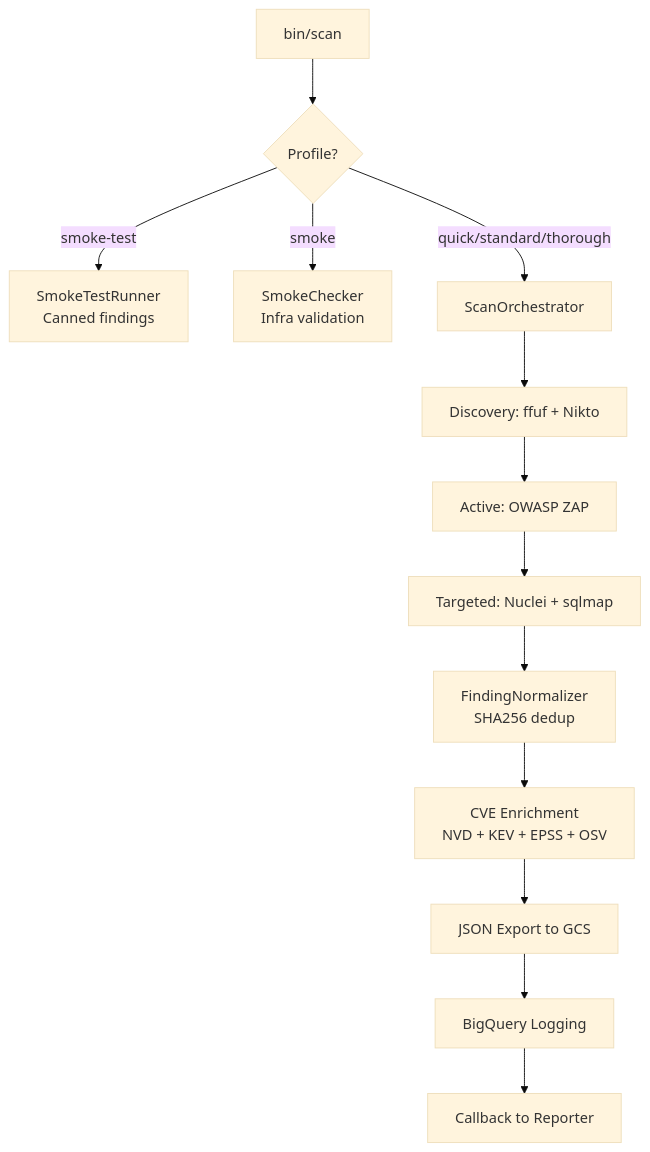
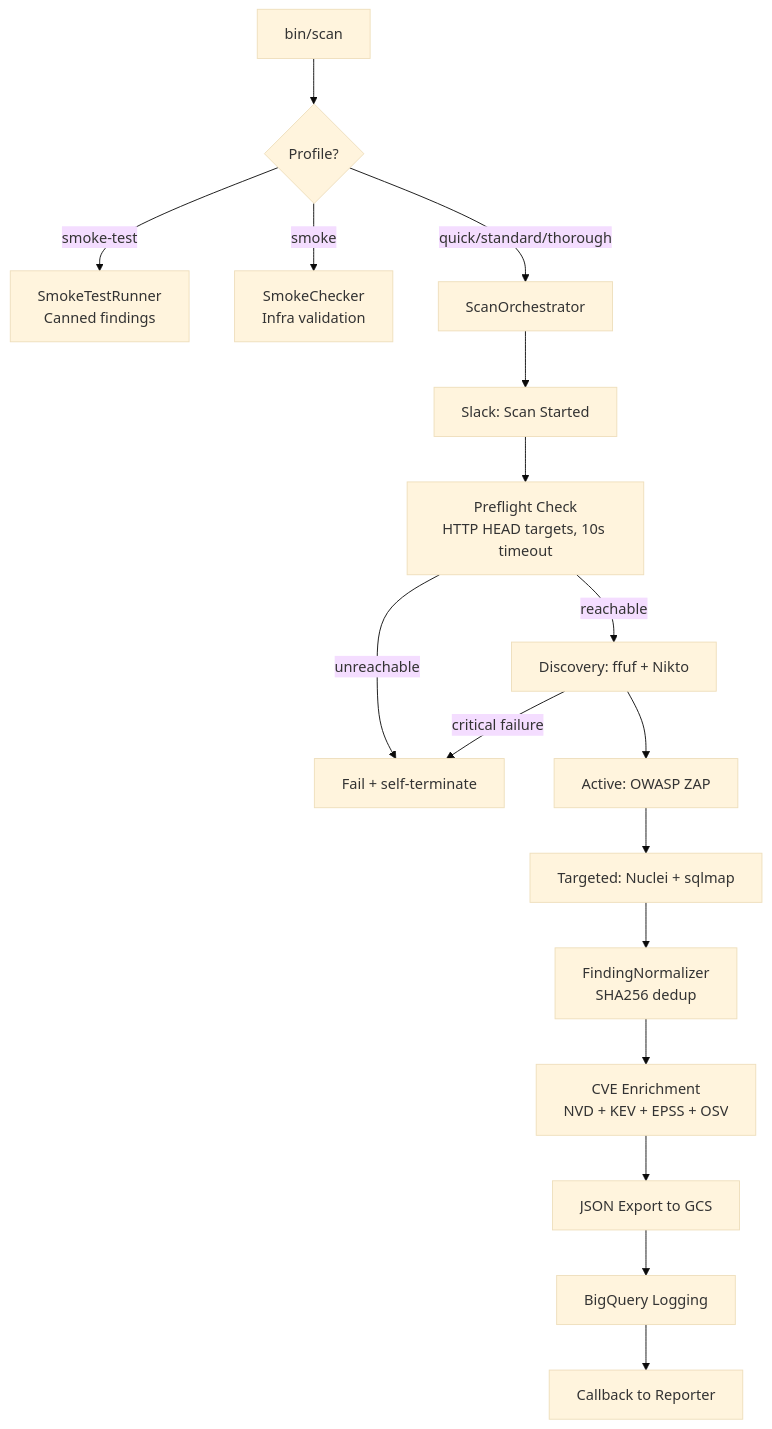
Before and after one commit to Peregrine-Technology-Systems/peregrine-penetrator-scanner: the second of 3 diagrams in README.md, drawn with Mermaid (base theme). The commit also changed other lines of this file and 2 other files, not shown here.

````diff
--- a/README.md
+++ b/README.md
@@ -52,16 +52,20 @@
 ```mermaid
 flowchart TD
     A[bin/scan] --> B{Profile?}
     B -->|smoke-test| C[SmokeTestRunner<br/>Canned findings]
     B -->|smoke| D[SmokeChecker<br/>Infra validation]
     B -->|quick/standard/thorough| E[ScanOrchestrator]
 
-    E --> F[Discovery: ffuf + Nikto]
+    E --> N[Slack: Scan Started]
+    N --> P[Preflight Check<br/>HTTP HEAD targets, 10s timeout]
+    P -->|unreachable| X[Fail + self-terminate]
+    P -->|reachable| F[Discovery: ffuf + Nikto]
+    F -->|critical failure| X
     F --> G[Active: OWASP ZAP]
     G --> H[Targeted: Nuclei + sqlmap]
     H --> I[FindingNormalizer<br/>SHA256 dedup]
     I --> J[CVE Enrichment<br/>NVD + KEV + EPSS + OSV]
     J --> K[JSON Export to GCS]
     K --> L[BigQuery Logging]
     L --> M[Callback to Reporter]
 ```
````
